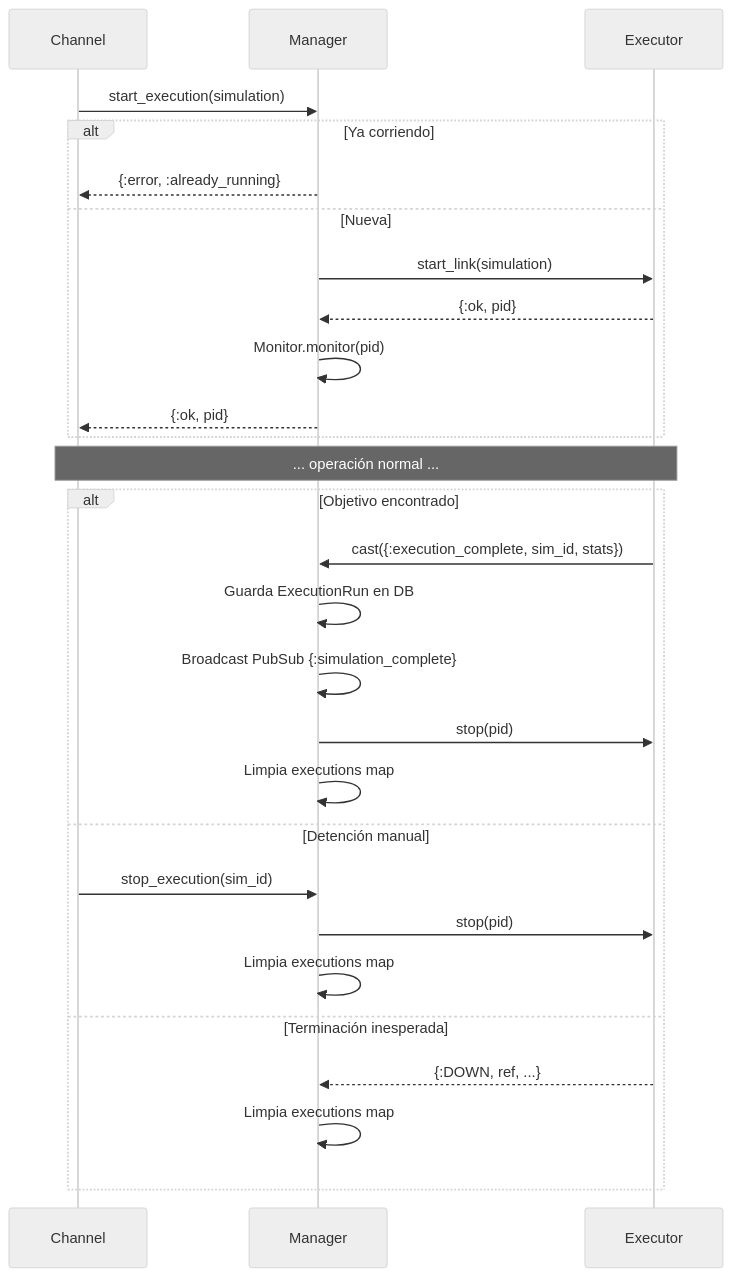
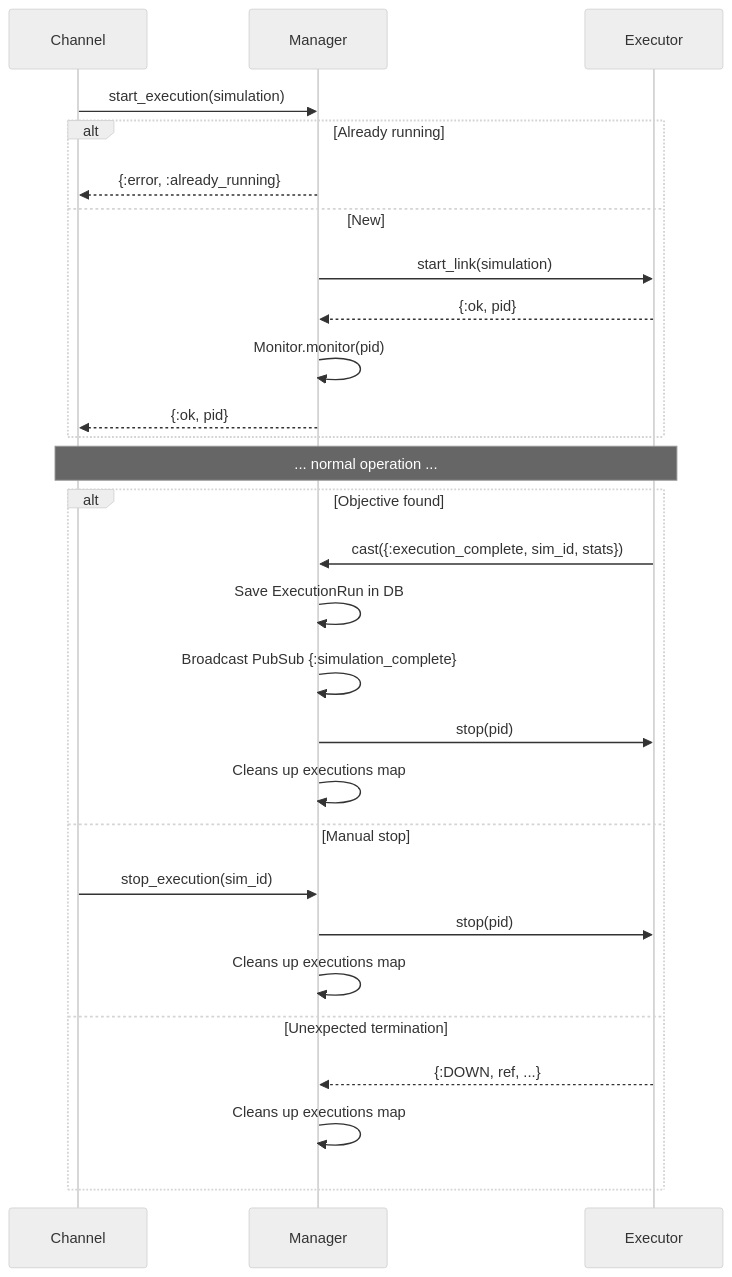
One commit to FLAGlab/Elixir-Swarm-Simulator changed the second of 2 diagrams in docs/core/simulation_manager.md. Above: the diagram before and after it, drawn with Mermaid (neutral theme). The commit also changed other lines of this file and 40 other files, not shown here.

````diff
--- a/docs/core/simulation_manager.md
+++ b/docs/core/simulation_manager.md
@@ -36,33 +36,33 @@
 ```mermaid
 sequenceDiagram
     participant Ch as Channel
     participant Mg as Manager
     participant Ex as Executor
 
     Ch->>Mg: start_execution(simulation)
-    alt Ya corriendo
+    alt Already running
         Mg-->>Ch: {:error, :already_running}
-    else Nueva
+    else New
         Mg->>Ex: start_link(simulation)
         Ex-->>Mg: {:ok, pid}
         Mg->>Mg: Monitor.monitor(pid)
         Mg-->>Ch: {:ok, pid}
     end
 
-    Note over Ch,Ex: ... operación normal ...
+    Note over Ch,Ex: ... normal operation ...
 
-    alt Objetivo encontrado
+    alt Objective found
         Ex->>Mg: cast({:execution_complete, sim_id, stats})
-        Mg->>Mg: Guarda ExecutionRun en DB
+        Mg->>Mg: Save ExecutionRun in DB
         Mg->>Mg: Broadcast PubSub {:simulation_complete}
         Mg->>Ex: stop(pid)
-        Mg->>Mg: Limpia executions map
-    else Detención manual
+        Mg->>Mg: Cleans up executions map
+    else Manual stop
         Ch->>Mg: stop_execution(sim_id)
         Mg->>Ex: stop(pid)
-        Mg->>Mg: Limpia executions map
-    else Terminación inesperada
+        Mg->>Mg: Cleans up executions map
+    else Unexpected termination
         Ex-->>Mg: {:DOWN, ref, ...}
-        Mg->>Mg: Limpia executions map
+        Mg->>Mg: Cleans up executions map
     end
 ```
````
